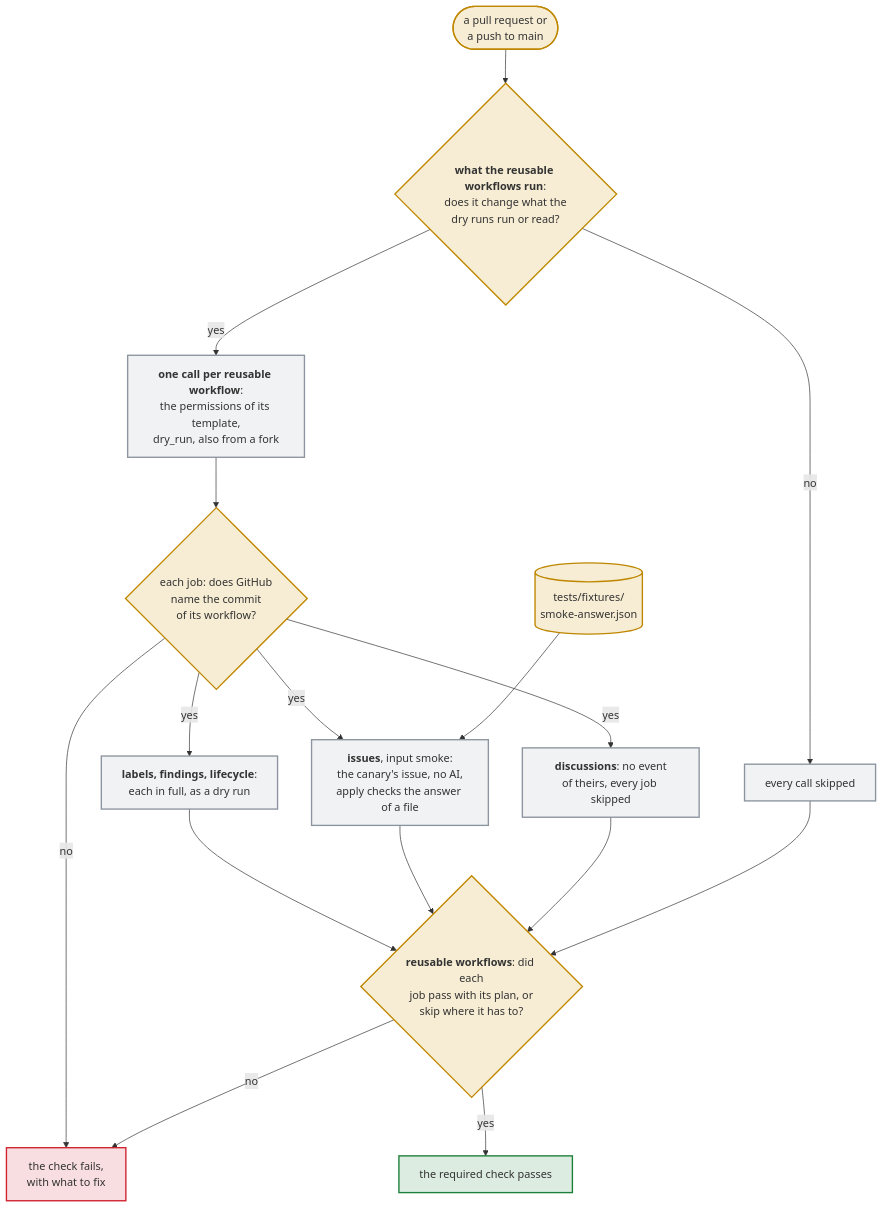
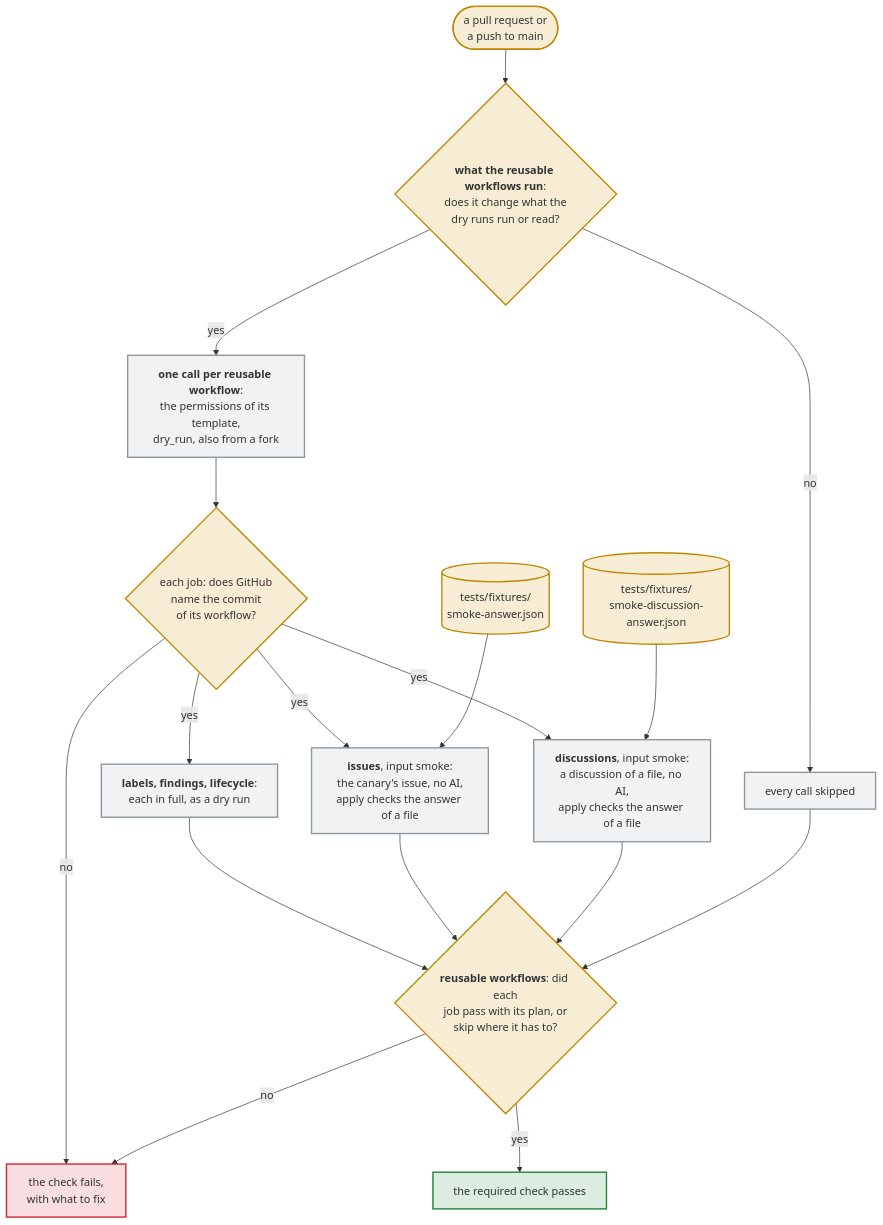
One commit to Dennis-Otto/issue-assistant changed the diagram in docs/diagrams/how-the-workflow-test-runs-the-reusable-workflows.mmd. Above: the diagram before and after it, drawn with Mermaid. The commit also changed 19 other files, not shown here.

First line of the commit message:
feat(fixture): the Workflow test runs the workflow of the discussions (#394)

```diff
--- a/docs/diagrams/how-the-workflow-test-runs-the-reusable-workflows.mmd
+++ b/docs/diagrams/how-the-workflow-test-runs-the-reusable-workflows.mmd
@@ -1,27 +1,28 @@
 flowchart TB
   accTitle: How the Workflow test runs the reusable workflows
-  accDescr: Every pull request and every push to main start the Workflow test. Its first job asks GitHub for the files of a pull request: one that changes nothing that the dry runs run or read skips the calls. Otherwise one job calls each reusable workflow of the commit as a repository does, with the permissions of its template and as a dry run, also from a fork with a token that can only read. Before its checkouts, every job of a reusable workflow stops when GitHub names no commit of the workflow. The labels, the findings and the lifecycle run in full; the issues run with the input smoke, whose job event takes the canary's issue, whose analyze and analyze-in-reserve are skipped and whose apply checks the answer of tests/fixtures/smoke-answer.json; the discussions get no event of theirs and skip every job. The last job, the required check reusable workflows, reads the jobs of the run: each one passed with the step that writes the plan of its dry run, or was skipped where its call has to skip it, and it fails on every other.
+  accDescr: Every pull request and every push to main start the Workflow test. Its first job asks GitHub for the files of a pull request: one that changes nothing that the dry runs run or read skips the calls. Otherwise one job calls each reusable workflow of the commit as a repository does, with the permissions of its template and as a dry run, also from a fork with a token that can only read. Before its checkouts, every job of a reusable workflow stops when GitHub names no commit of the workflow. The labels, the findings and the lifecycle run in full; the issues run with the input smoke, whose job event takes the canary's issue, whose analyze and analyze-in-reserve are skipped and whose apply checks the answer of tests/fixtures/smoke-answer.json; the discussions run with the input smoke too, whose job event takes the discussion of tests/fixtures/smoke-discussion.json, whose analyze and analyze-in-reserve are skipped and whose apply checks the answer of tests/fixtures/smoke-discussion-answer.json. The last job, the required check reusable workflows, reads the jobs of the run: each one passed with the step that writes the plan of its dry run, or was skipped where its call has to skip it, and it fails on every other.
   start(["a pull request or<br>a push to main"]) --> changes{"`**what the reusable workflows run**:<br>does it change what the<br>dry runs run or read?`"}
   changes -- "no" --> skipped["every call skipped"]
   changes -- "yes" --> calls["`**one call per reusable workflow**:<br>the permissions of its template,<br>dry_run, also from a fork`"]
   calls --> guard{"each job: does GitHub<br>name the commit<br>of its workflow?"}
   guard -- "no" --> red["the check fails,<br>with what to fix"]
   guard -- "yes" --> full["`**labels, findings, lifecycle**:<br>each in full, as a dry run`"]
   guard -- "yes" --> issues["`**issues**, input smoke:<br>the canary's issue, no AI,<br>apply checks the answer of a file`"]
-  guard -- "yes" --> discussions["`**discussions**: no event<br>of theirs, every job skipped`"]
+  guard -- "yes" --> discussions["`**discussions**, input smoke:<br>a discussion of a file, no AI,<br>apply checks the answer of a file`"]
   fixture[("tests/fixtures/<br>smoke-answer.json")] --> issues
+  question[("tests/fixtures/<br>smoke-discussion-answer.json")] --> discussions
   full --> gate
   issues --> gate
   discussions --> gate
   skipped --> gate
   gate{"`**reusable workflows**: did each<br>job pass with its plan, or<br>skip where it has to?`"}
   gate -- "no" --> red
   gate -- "yes" --> green["the required check passes"]
   classDef trigger fill:#d4a72c33,stroke:#bf8700,stroke-width:2px
   classDef job fill:#8c959f1f,stroke:#8c959f,stroke-width:2px
   classDef safe fill:#1a7f3726,stroke:#1a7f37,stroke-width:2px
   classDef untrusted fill:#cf222e26,stroke:#cf222e,stroke-width:2px
-  class start,fixture,changes,guard,gate trigger
+  class start,fixture,question,changes,guard,gate trigger
   class calls,full,issues,discussions,skipped job
   class green safe
   class red untrusted
```
